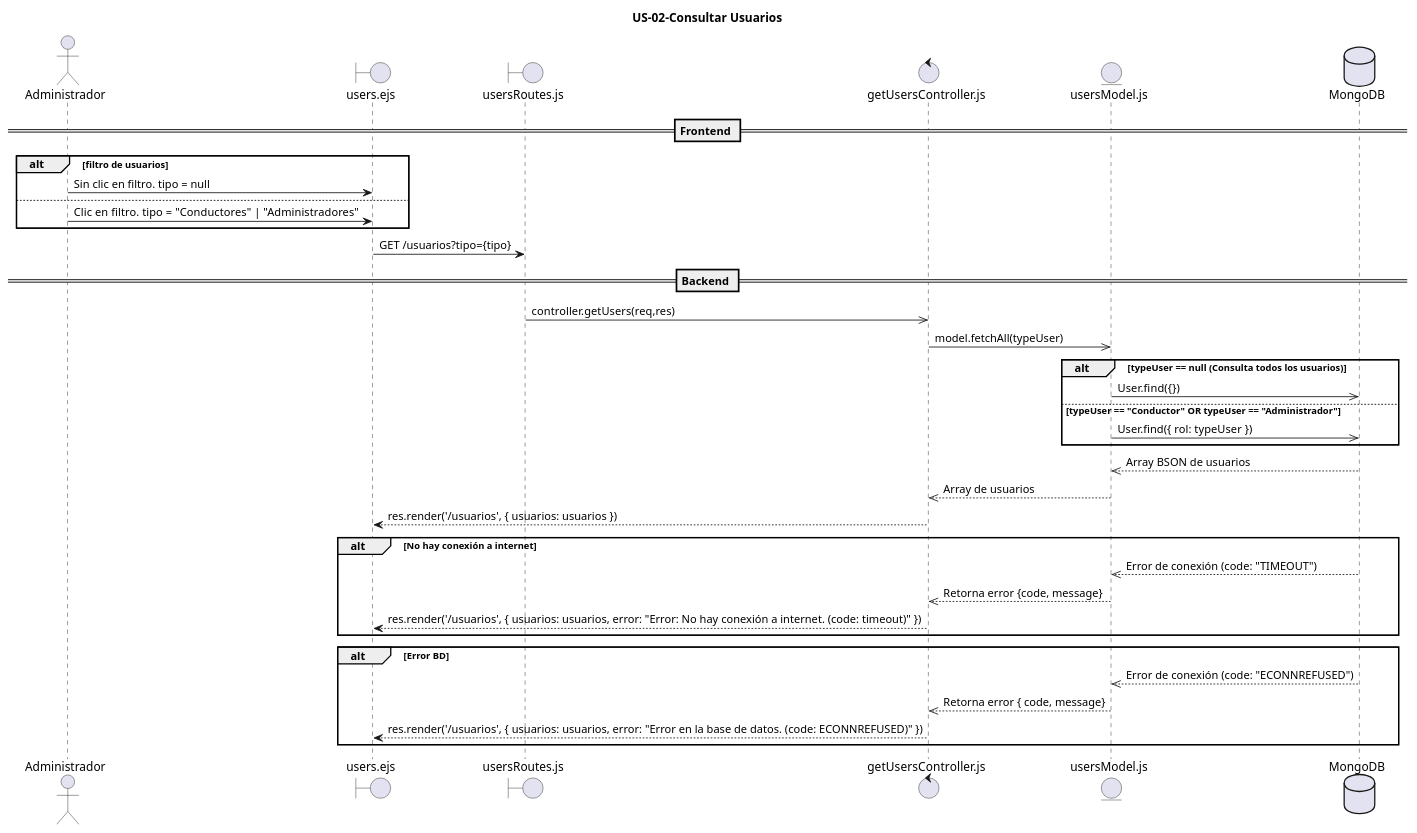
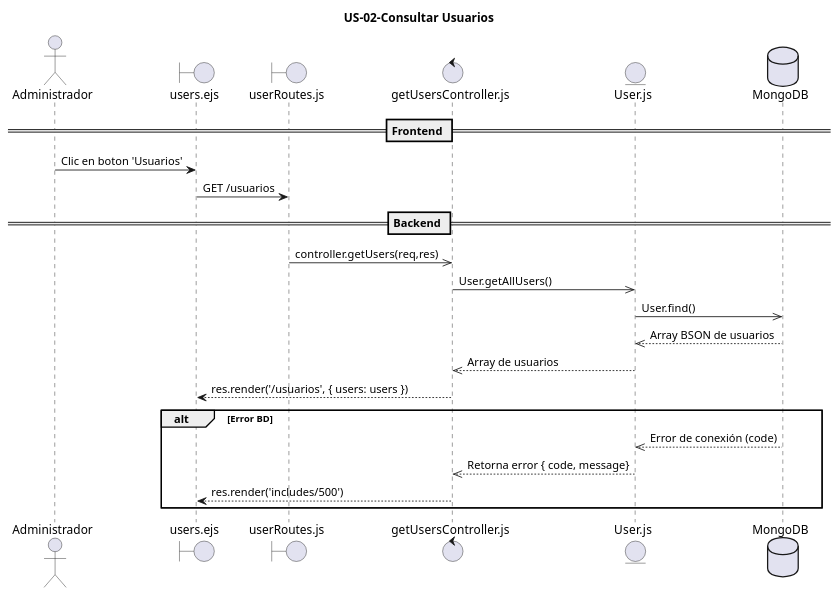
The diagram in MVP/US-02-consultarUsuarios/Web/US-02-consultarUsuarios.puml (PIX3L-IT/dieselflow-dise-o), drawn with PlantUML before and after one commit. The commit also changed 1 other file, not shown here.

```diff
--- a/MVP/US-02-consultarUsuarios/Web/US-02-consultarUsuarios.puml
+++ b/MVP/US-02-consultarUsuarios/Web/US-02-consultarUsuarios.puml
@@ -1,51 +1,36 @@
 @startuml
 title US-02-Consultar Usuarios
 
 actor Administrador
 
 boundary  "users.ejs" as M4
-boundary  "usersRoutes.js" as M1
+boundary  "userRoutes.js" as M1
 control  "getUsersController.js" as M2
-entity  "usersModel.js" as M3
+entity  "User.js" as M3
 database "MongoDB" as DB
 
 == Frontend ==
-alt filtro de usuarios
-    Administrador -> M4 : Sin clic en filtro. tipo = null
-else
-    Administrador -> M4 : Clic en filtro. tipo =  "Conductores" | "Administradores"
-end
+Administrador -> M4 : Clic en boton 'Usuarios' 
 
 
-M4 -> M1 : GET /usuarios?tipo={tipo}
+M4 -> M1 : GET /usuarios
 
 == Backend ==
 M1 ->> M2 : controller.getUsers(req,res)
-M2 ->> M3 : model.fetchAll(typeUser)
+M2 ->> M3 : User.getAllUsers()
+M3 ->> DB : User.find()
 
-alt typeUser == null (Consulta todos los usuarios)
-    M3 ->> DB : User.find({})
-else typeUser == "Conductor" OR typeUser == "Administrador"
-    M3 ->> DB : User.find({ rol: typeUser })
-end
 
 DB -->> M3 : Array BSON de usuarios
 M3 -->> M2 : Array de usuarios
-M2 --> M4 : res.render('/usuarios', { usuarios: usuarios })
-
-
-alt No hay conexión a internet
-    DB -->> M3 : Error de conexión (code: "TIMEOUT")
-    M3 -->> M2 : Retorna error {code, message}
-    M2 --> M4 : res.render('/usuarios', { usuarios: usuarios, error: "Error: No hay conexión a internet. (code: timeout)" })
-end
+M2 --> M4 : res.render('/usuarios', { users: users })
 
 alt Error BD
-    DB -->> M3 : Error de conexión (code: "ECONNREFUSED")
+    DB -->> M3 : Error de conexión (code)
     M3 -->> M2 : Retorna error { code, message}
-    M2 --> M4 : res.render('/usuarios', { usuarios: usuarios, error: "Error en la base de datos. (code: ECONNREFUSED)" }) 
+    M2 --> M4 : res.render('includes/500') 
 end
 
 
 
 @enduml
```
